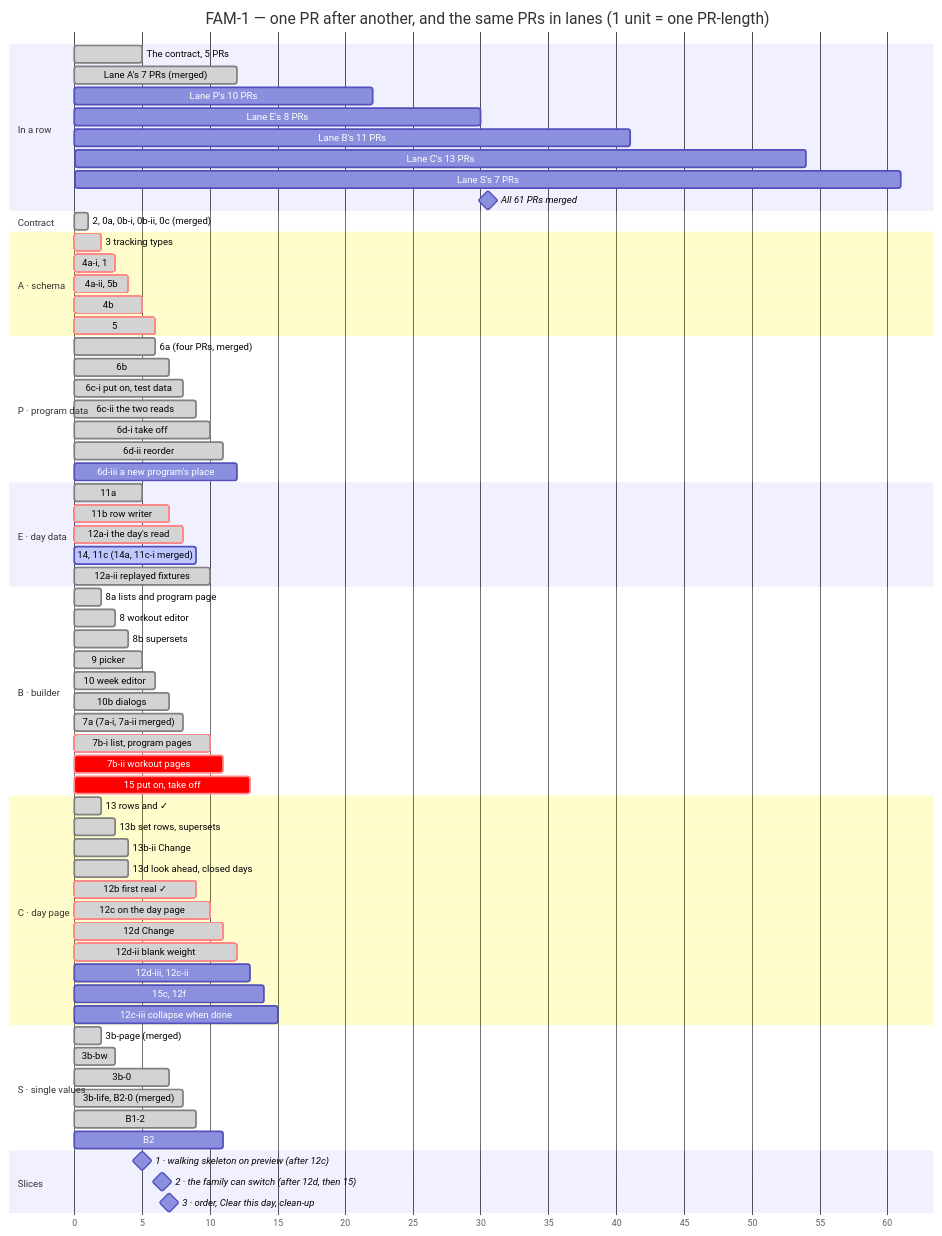
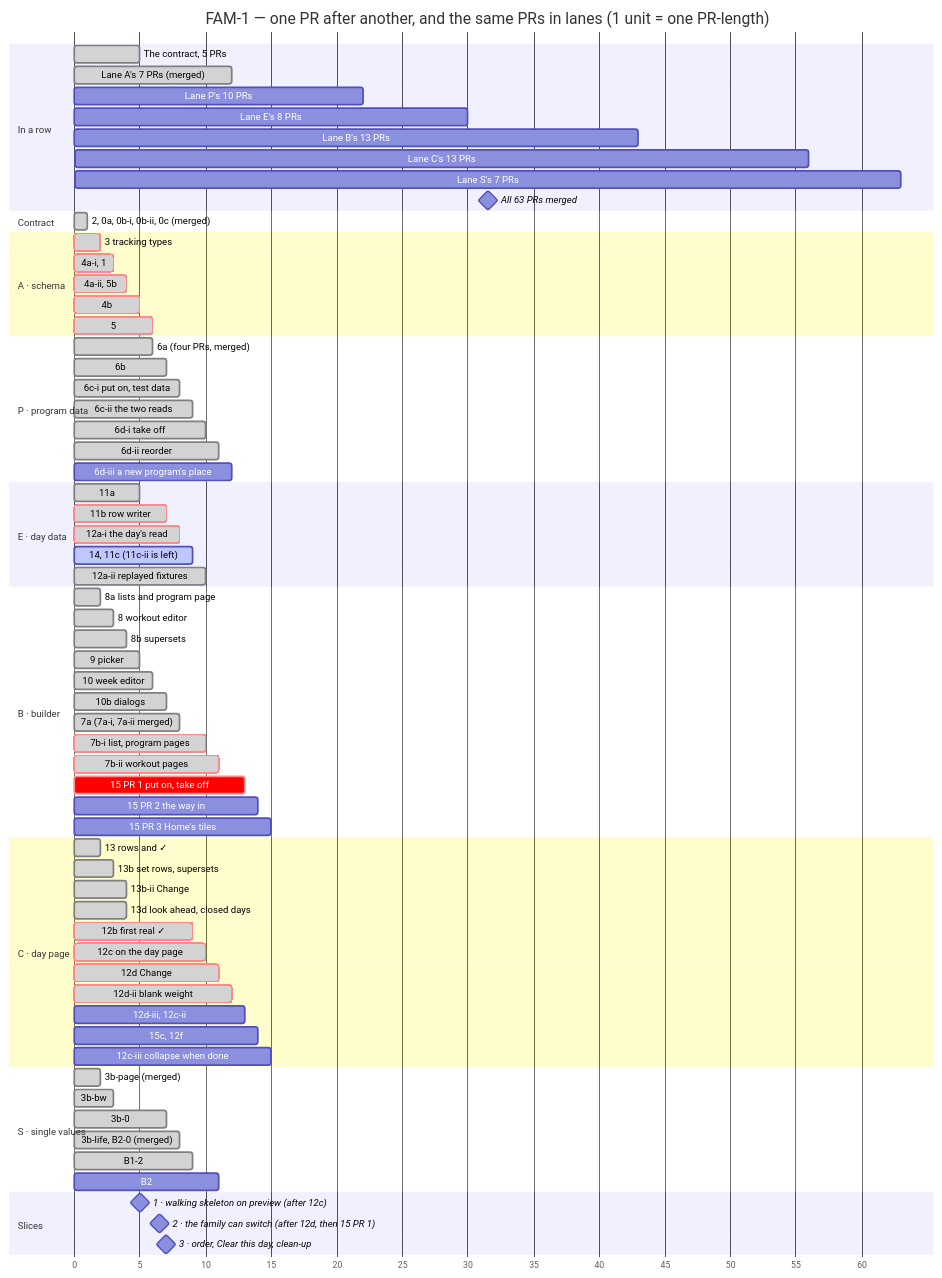
One commit to ralamode/mat-plan changed the second of 2 diagrams in docs/milestones/fam-1-family-program.md. Above: the diagram before and after it, drawn with Mermaid. The commit also changed other lines of this file and 7 other files, not shown here.

````diff
--- a/docs/milestones/fam-1-family-program.md
+++ b/docs/milestones/fam-1-family-program.md
@@ -269,10 +269,10 @@
   Lane A's 7 PRs (merged)      :done, r1, 5, 12
   Lane P's 10 PRs              :r2, 12, 22
   Lane E's 8 PRs               :r3, 22, 30
-  Lane B's 11 PRs              :r4, 30, 41
-  Lane C's 13 PRs              :r5, 41, 54
-  Lane S's 7 PRs               :r6, 54, 61
-  All 61 PRs merged            :milestone, rm, 61, 61
+  Lane B's 13 PRs              :r4, 30, 43
+  Lane C's 13 PRs              :r5, 43, 56
+  Lane S's 7 PRs               :r6, 56, 63
+  All 63 PRs merged            :milestone, rm, 63, 63
 
   section Contract
   2, 0a, 0b-i, 0b-ii, 0c (merged) :done, c0, 0, 1
@@ -297,7 +297,7 @@
   11a                          :done, e1, 4, 5
   11b row writer               :crit, done, e2, 5, 7
   12a-i the day's read         :crit, done, e3, 7, 8
-  14, 11c (14a, 11c-i merged)  :active, e4, 8, 9
+  14, 11c (11c-ii is left)     :active, e4, 8, 9
   12a-ii replayed fixtures     :done, e5, 9, 10
 
   section B · builder
@@ -309,8 +309,10 @@
   10b dialogs                  :done, b6, 6, 7
   7a (7a-i, 7a-ii merged)      :done, b7, 7, 8
   7b-i list, program pages     :crit, done, b8, 9, 10
-  7b-ii workout pages          :crit, b8b, 10, 11
-  15 put on, take off          :crit, b9, 12, 13
+  7b-ii workout pages          :crit, done, b8b, 10, 11
+  15 PR 1 put on, take off     :crit, b9, 12, 13
+  15 PR 2 the way in           :b9b, 13, 14
+  15 PR 3 Home's tiles         :b9c, 14, 15
 
   section C · day page
   13 rows and ✓                :done, c1, 1, 2
@@ -335,6 +337,6 @@
 
   section Slices
   1 · walking skeleton on preview (after 12c) :milestone, m1, 10, 10
-  2 · the family can switch (after 12d, then 15) :milestone, m2, 13, 13
+  2 · the family can switch (after 12d, then 15 PR 1) :milestone, m2, 13, 13
   3 · order, Clear this day, clean-up         :milestone, m3, 14, 14
 ```
````
